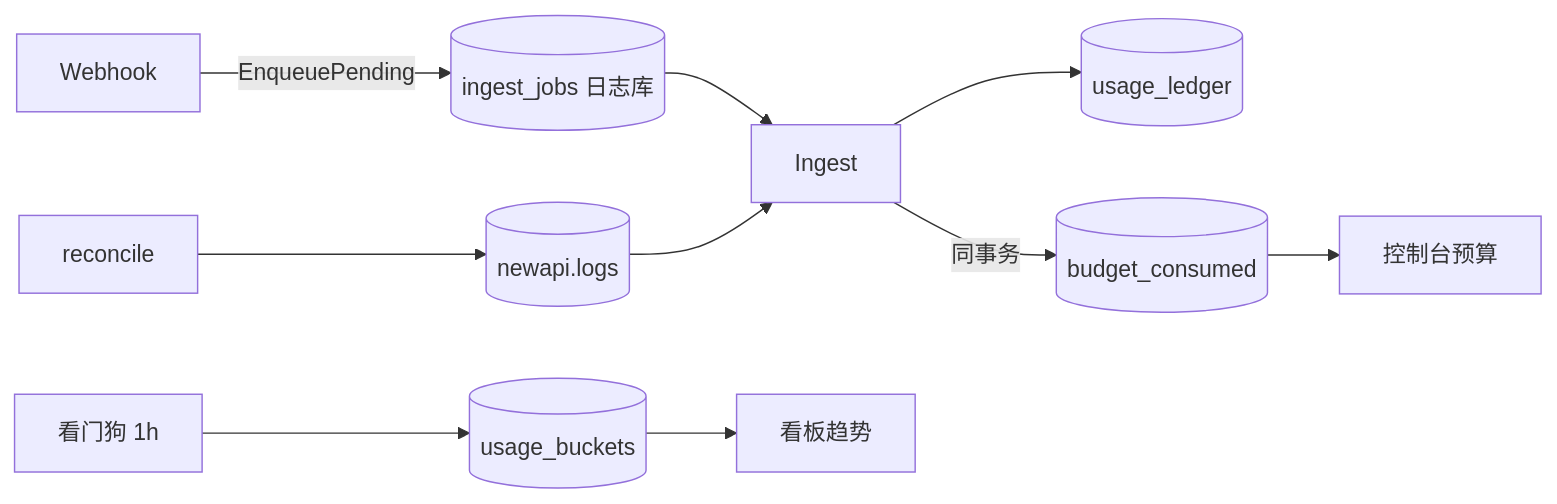
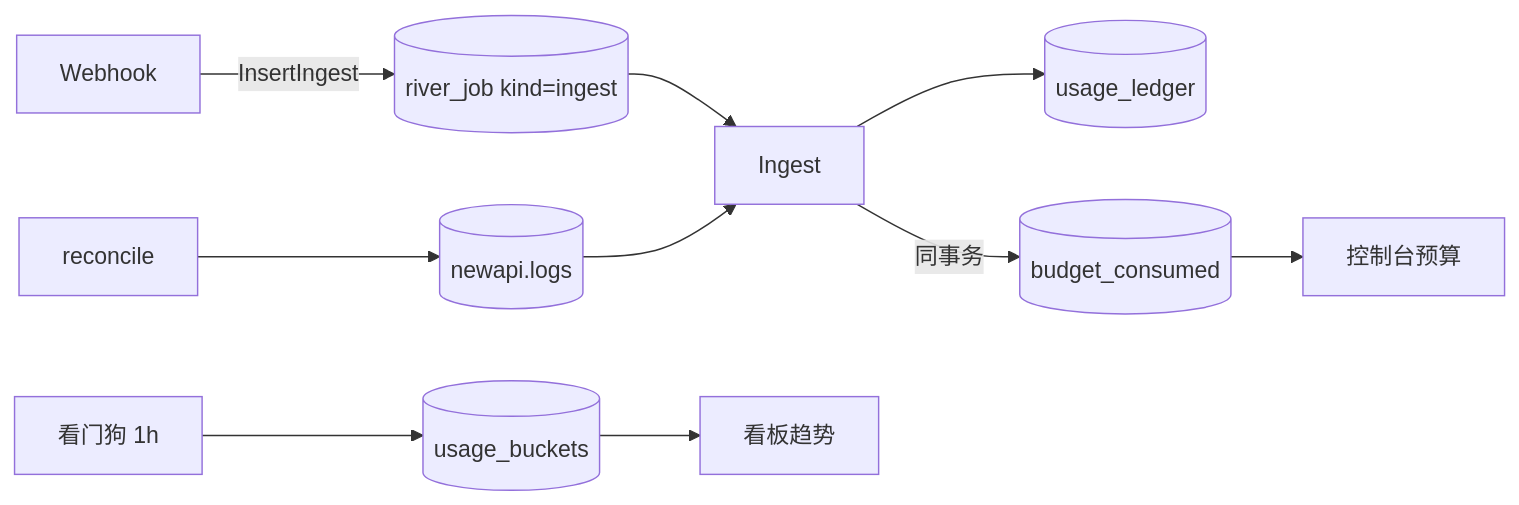
One commit to quyip8818/mytokenjoy changed the sixth of 7 diagrams in apps/docs/Backend-存储架构.md. Above: the diagram before and after it, drawn with Mermaid. The commit also changed other lines of this file and 33 other files, not shown here.

````diff
--- a/apps/docs/Backend-存储架构.md
+++ b/apps/docs/Backend-存储架构.md
@@ -169,11 +183,11 @@
 ```mermaid
 flowchart LR
-  WH[Webhook] -->|EnqueuePending| Q[(ingest_jobs 日志库)]
-  Q --> ING[Ingest]
+  WH[Webhook] -->|InsertIngest| RJ[(river_job kind=ingest)]
+  RJ --> ING[Ingest]
   RC[reconcile] --> NLG[(newapi.logs)] --> ING
   ING --> UL[(usage_ledger)]
   ING -->|同事务| BC[(budget_consumed)]
   WD[看门狗 1h] --> UB[(usage_buckets)]
   BC --> DASH[控制台预算]
   UB --> DASH2[看板趋势]
 ```
````
